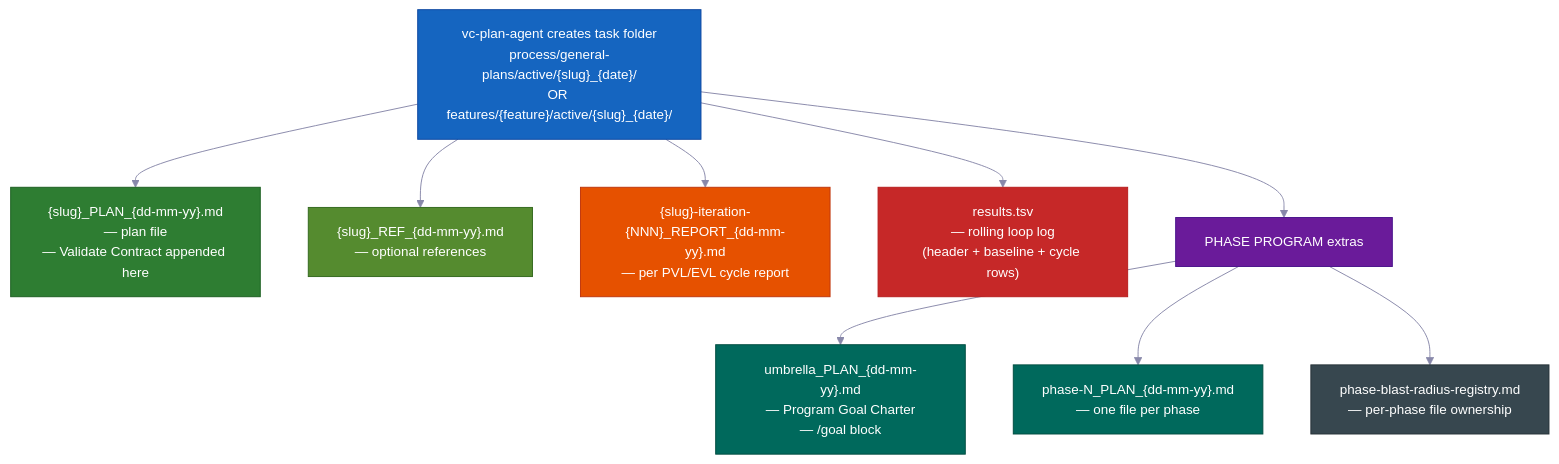
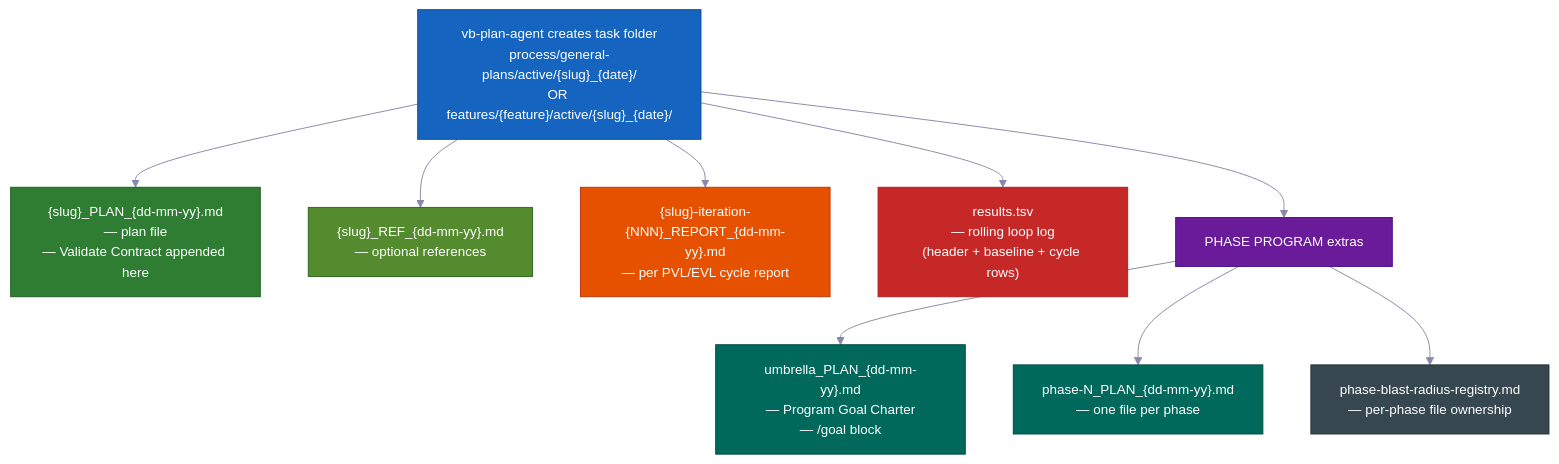
Before and after one commit to Tomwakeupat530amm/vibebelt-kit: diagram 11 of 14 in README.md, drawn with Mermaid. The commit also changed other lines of this file and 646 other files, not shown here.

````diff
--- a/README.md
+++ b/README.md
@@ -1167,32 +1167,32 @@
 ```mermaid
 %%{init: {'theme': 'base', 'themeVariables': {'fontSize': '14px', 'lineColor': '#8888AA'}} }%%
 flowchart TD
-    PC["vc-plan-agent creates task folder\nprocess/general-plans/active/{slug}_{date}/\nOR features/{feature}/active/{slug}_{date}/"]
+    PC["vb-plan-agent creates task folder\nprocess/general-plans/active/{slug}_{date}/\nOR features/{feature}/active/{slug}_{date}/"]
     PLAN["{slug}_PLAN_{dd-mm-yy}.md\n— plan file\n— Validate Contract appended here"]
     REF["{slug}_REF_{dd-mm-yy}.md\n— optional references"]
     RPT["{slug}-iteration-{NNN}_REPORT_{dd-mm-yy}.md\n— per PVL/EVL cycle report"]
     TSV["results.tsv\n— rolling loop log\n(header + baseline + cycle rows)"]
     PP["PHASE PROGRAM extras"]
     UMB["umbrella_PLAN_{dd-mm-yy}.md\n— Program Goal Charter\n— /goal block"]
     PHN["phase-N_PLAN_{dd-mm-yy}.md\n— one file per phase"]
     REG["phase-blast-radius-registry.md\n— per-phase file ownership"]
 
     PC --> PLAN
     PC --> REF
     PC --> RPT
     PC --> TSV
     PC --> PP
     PP --> UMB
     PP --> PHN
     PP --> REG
 
     style PC fill:#1565C0,stroke:#0D47A1,color:#FFFFFF
     style PLAN fill:#2E7D32,stroke:#1B5E20,color:#FFFFFF
     style REF fill:#558B2F,stroke:#33691E,color:#FFFFFF
     style RPT fill:#E65100,stroke:#BF360C,color:#FFFFFF
     style TSV fill:#C62828,stroke:#B71C1C,color:#FFFFFF
     style PP fill:#6A1B9A,stroke:#4A148C,color:#FFFFFF
     style UMB fill:#00695C,stroke:#004D40,color:#FFFFFF
     style PHN fill:#00695C,stroke:#004D40,color:#FFFFFF
     style REG fill:#37474F,stroke:#263238,color:#FFFFFF
 ```
````
